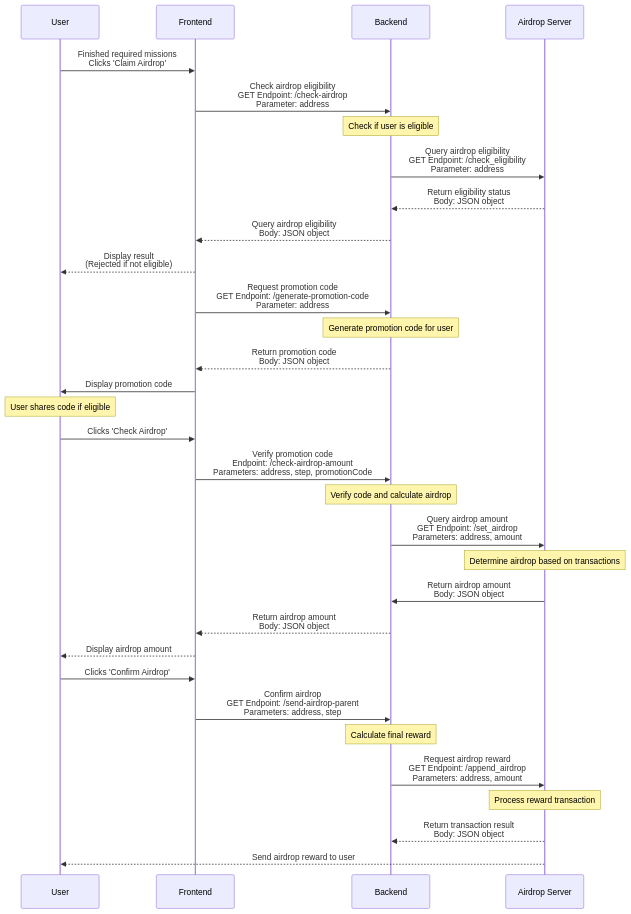
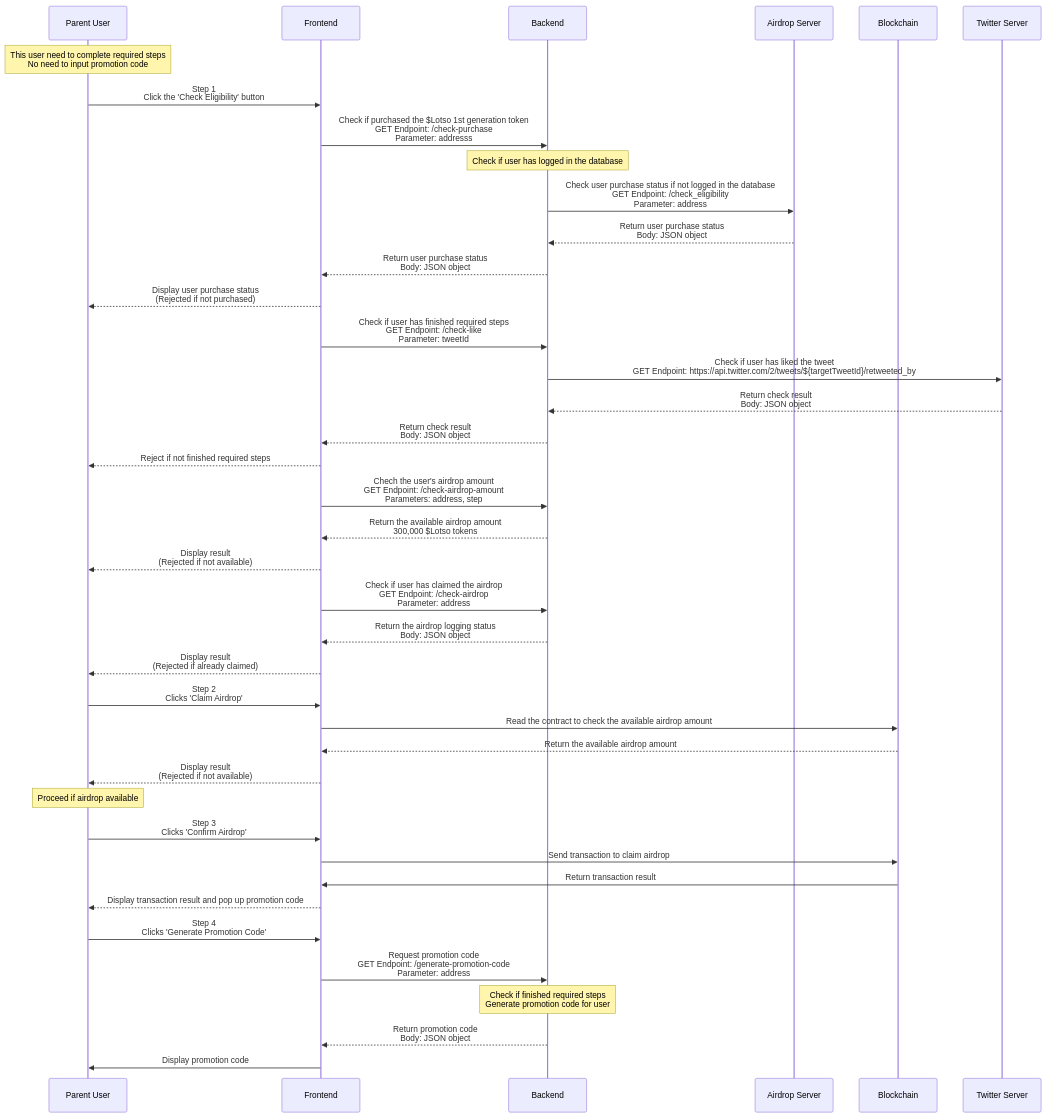
Before and after one commit to BTI-US/Lotso-Twitter-Auth: the second of 3 diagrams in README.md, drawn with Mermaid. The commit also changed other lines of this file, not shown here.

Commit message:
Update airdrop diagram

````diff
--- a/README.md
+++ b/README.md
@@ -86,37 +88,47 @@
 ```mermaid
 sequenceDiagram
-    participant U as User
+    participant U as Parent User
     participant F as Frontend
     participant B as Backend
     participant S as Airdrop Server
+    participant BC as Blockchain
+    participant T as Twitter Server
 
-    U->>F: Finished required missions <br>Clicks 'Claim Airdrop'
-    F->>B: Check airdrop eligibility <br>GET Endpoint: /check-airdrop <br>Parameter: address
-    note over B: Check if user is eligible
-    B->>S: Query airdrop eligibility <br>GET Endpoint: /check_eligibility <br>Parameter: address
-    S-->>B: Return eligibility status <br>Body: JSON object
-    B-->>F: Query airdrop eligibility <br>Body: JSON object
-    F-->>U: Display result <br>(Rejected if not eligible)
+    note over U: This user need to complete required steps <br>No need to input promotion code
+
+    U->>F: Step 1 <br>Click the 'Check Eligibility' button
+    F->>B: Check if purchased the $Lotso 1st generation token <br>GET Endpoint: /check-purchase <br>Parameter: addresss
+    note over B: Check if user has logged in the database
+    B->>S: Check user purchase status if not logged in the database <br>GET Endpoint: /check_eligibility <br>Parameter: address
+    S-->>B: Return user purchase status <br>Body: JSON object
+    B-->>F: Return user purchase status <br>Body: JSON object
+    F-->>U: Display user purchase status <br>(Rejected if not purchased)
+    F->>B: Check if user has finished required steps <br>GET Endpoint: /check-like <br>Parameter: tweetId
+    B->>T: Check if user has liked the tweet <br>GET Endpoint: https://api.twitter.com/2/tweets/${targetTweetId}/retweeted_by
+    T-->>B: Return check result <br>Body: JSON object
+    B-->>F: Return check result <br>Body: JSON object
+    F-->>U: Reject if not finished required steps
+    F->>B: Chech the user's airdrop amount <br>GET Endpoint: /check-airdrop-amount <br>Parameters: address, step
+    B-->>F: Return the available airdrop amount <br> 300,000 $Lotso tokens
+    F-->>U: Display result <br>(Rejected if not available)
+    F->>B: Check if user has claimed the airdrop <br>GET Endpoint: /check-airdrop <br>Parameter: address
+    B-->>F: Return the airdrop logging status <br>Body: JSON object
+    F-->>U: Display result <br>(Rejected if already claimed)
+
+    U->>F: Step 2 <br>Clicks 'Claim Airdrop'
+    F->>BC: Read the contract to check the available airdrop amount
+    BC-->>F: Return the available airdrop amount
+    F-->>U: Display result <br>(Rejected if not available)
+    note over U: Proceed if airdrop available
+
+    U->>F: Step 3 <br>Clicks 'Confirm Airdrop'
+    F->>BC: Send transaction to claim airdrop
+    BC->>F: Return transaction result
+    F-->>U: Display transaction result and pop up promotion code
+
+    U->>F: Step 4 <br>Clicks 'Generate Promotion Code'
     F->>B: Request promotion code <br>GET Endpoint: /generate-promotion-code <br>Parameter: address
-    note over B: Generate promotion code for user
+    note over B: Check if finished required steps <br>Generate promotion code for user
     B-->>F: Return promotion code <br>Body: JSON object
     F->>U: Display promotion code
-
-    note over U: User shares code if eligible
-    U->>F: Clicks 'Check Airdrop'
-    F->>B: Verify promotion code <br>Endpoint: /check-airdrop-amount <br>Parameters: address, step, promotionCode
-    note over B: Verify code and calculate airdrop
-    B->>S: Query airdrop amount <br>GET Endpoint: /set_airdrop <br>Parameters: address, amount
-    note over S: Determine airdrop based on transactions
-    S->>B: Return airdrop amount <br>Body: JSON object
-    B-->>F: Return airdrop amount <br>Body: JSON object
-    F-->>U: Display airdrop amount
-
-    U->>F: Clicks 'Confirm Airdrop'
-    F->>B: Confirm airdrop <br>GET Endpoint: /send-airdrop-parent <br>Parameters: address, step
-    note over B: Calculate final reward
-    B->>S: Request airdrop reward <br>GET Endpoint: /append_airdrop <br>Parameters: address, amount
-    note over S: Process reward transaction
-    S-->>B: Return transaction result <br>Body: JSON object
-    S-->>U: Send airdrop reward to user
 ```
````
